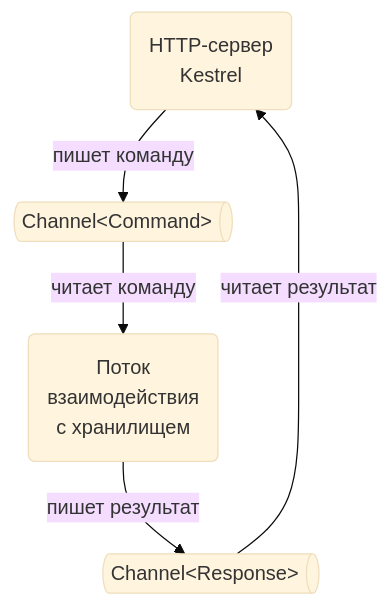
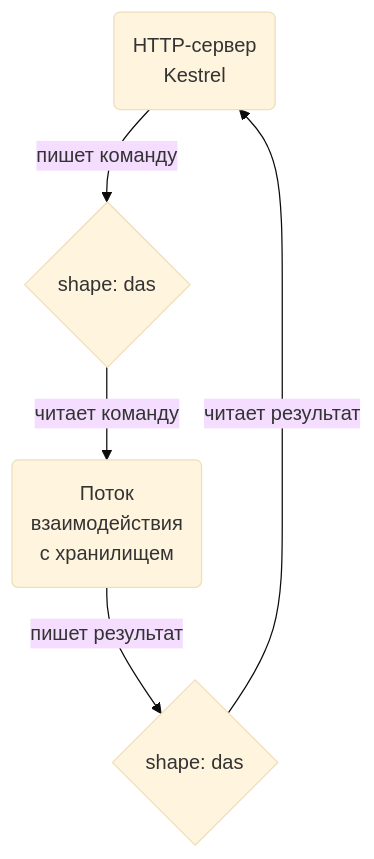
The diagram in README.md (alozhka/distributed-programming), drawn with Mermaid (base theme) before and after one commit. The commit also changed 4 other files, not shown here.

Commit message:
docs: обновил диаграммы под новый алгоритм

````diff
--- a/README.md
+++ b/README.md
@@ -34,13 +34,13 @@
 ```mermaid
 graph TB;
     A(HTTP-сервер<br>Kestrel)
     B[Channel&lt;Command&gt;]
     C[Channel&lt;Response&gt;]
     D(Поток<br>взаимодействия<br>с хранилищем)
-    B@{ shape: das}
-    C@{ shape: das}
+    B{ shape: das}
+    C{ shape: das}
     D --> |пишет результат| C
     A --> |пишет команду| B
     B --> |читает команду| D
     C --> |читает результат| A
 ```
````
